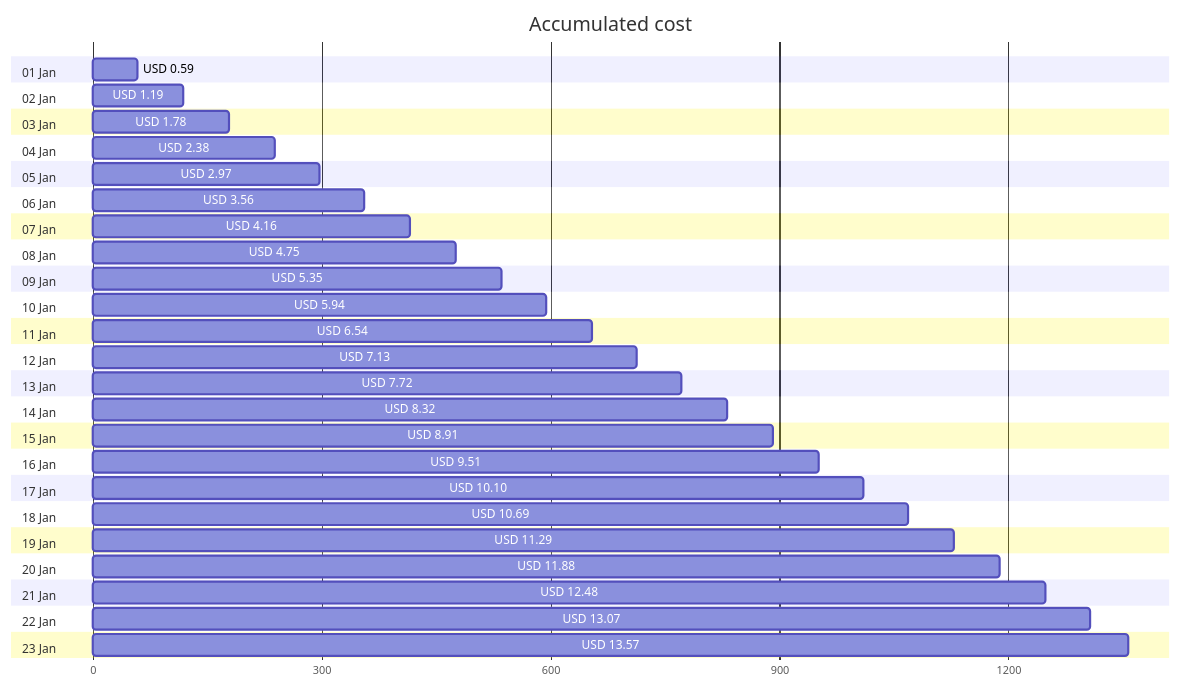
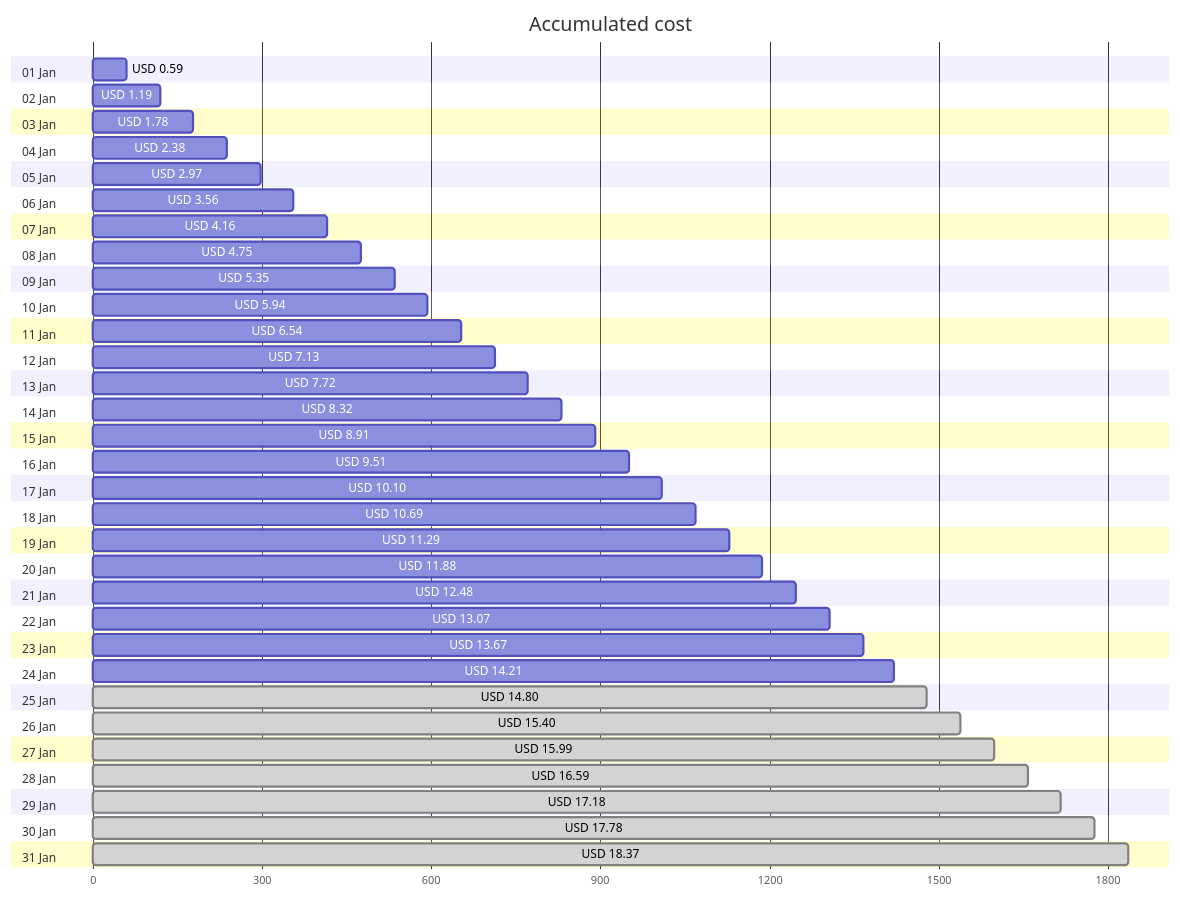
One commit to jpfulton/azure-personal-reports changed the first of 4 diagrams in cost-reports/personal-site/README.md. Above: the diagram before and after it, drawn with Mermaid. The commit also changed other lines of this file and 6 other files, not shown here.

````diff
--- a/cost-reports/personal-site/README.md
+++ b/cost-reports/personal-site/README.md
@@ -20,52 +20,68 @@
 ```mermaid
 gantt
    title Accumulated cost
    dateFormat  X
    axisFormat %s
    section 01 Jan
    USD 0.59 :0, 59
    section 02 Jan
    USD 1.19 :0, 119
    section 03 Jan
    USD 1.78 :0, 178
    section 04 Jan
    USD 2.38 :0, 238
    section 05 Jan
    USD 2.97 :0, 297
    section 06 Jan
    USD 3.56 :0, 356
    section 07 Jan
    USD 4.16 :0, 416
    section 08 Jan
    USD 4.75 :0, 475
    section 09 Jan
    USD 5.35 :0, 535
    section 10 Jan
    USD 5.94 :0, 594
    section 11 Jan
    USD 6.54 :0, 654
    section 12 Jan
    USD 7.13 :0, 713
    section 13 Jan
    USD 7.72 :0, 772
    section 14 Jan
    USD 8.32 :0, 832
    section 15 Jan
    USD 8.91 :0, 891
    section 16 Jan
    USD 9.51 :0, 951
    section 17 Jan
    USD 10.10 :0, 1010
    section 18 Jan
    USD 10.69 :0, 1069
    section 19 Jan
    USD 11.29 :0, 1129
    section 20 Jan
    USD 11.88 :0, 1188
    section 21 Jan
    USD 12.48 :0, 1248
    section 22 Jan
    USD 13.07 :0, 1307
    section 23 Jan
-   USD 13.57 :0, 1357
+   USD 13.67 :0, 1367
+   section 24 Jan
+   USD 14.21 :0, 1421
+   section 25 Jan
+   USD 14.80 : done, 0, 1480
+   section 26 Jan
+   USD 15.40 : done, 0, 1540
+   section 27 Jan
+   USD 15.99 : done, 0, 1599
+   section 28 Jan
+   USD 16.59 : done, 0, 1659
+   section 29 Jan
+   USD 17.18 : done, 0, 1718
+   section 30 Jan
+   USD 17.78 : done, 0, 1778
+   section 31 Jan
+   USD 18.37 : done, 0, 1837
 ```
````
